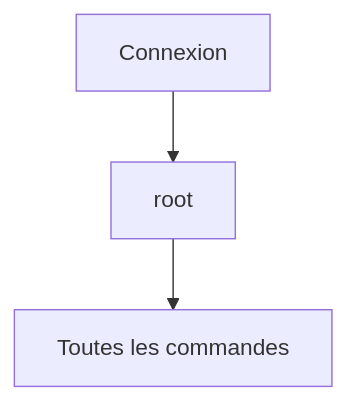
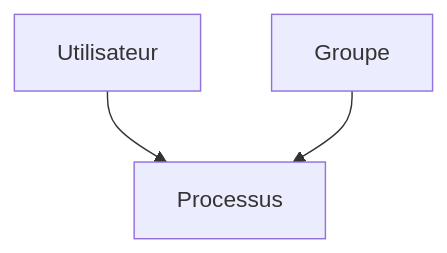
Before and after one commit to tdelaclos/formations: the first of 21 diagrams in campagne 1/1.7.md, drawn with Mermaid. The commit also changed other lines of this file, not shown here.

````diff
--- a/campagne 1/1.7.md
+++ b/campagne 1/1.7.md
@@ -72,12 +64,13 @@
 ```mermaid
 flowchart TD
 
-A["Connexion"]
+A["Utilisateur"]
 
-B["root"]
+B["Groupe"]
 
-C["Toutes les commandes"]
+C["Processus"]
 
-A --> B
+A --> C
+
 B --> C
 ```
````
